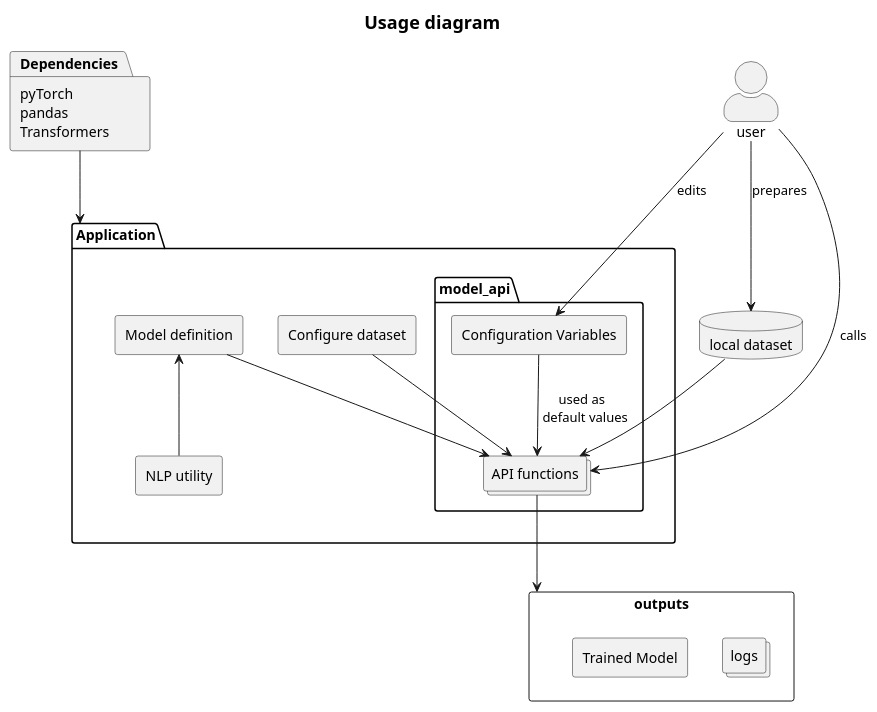
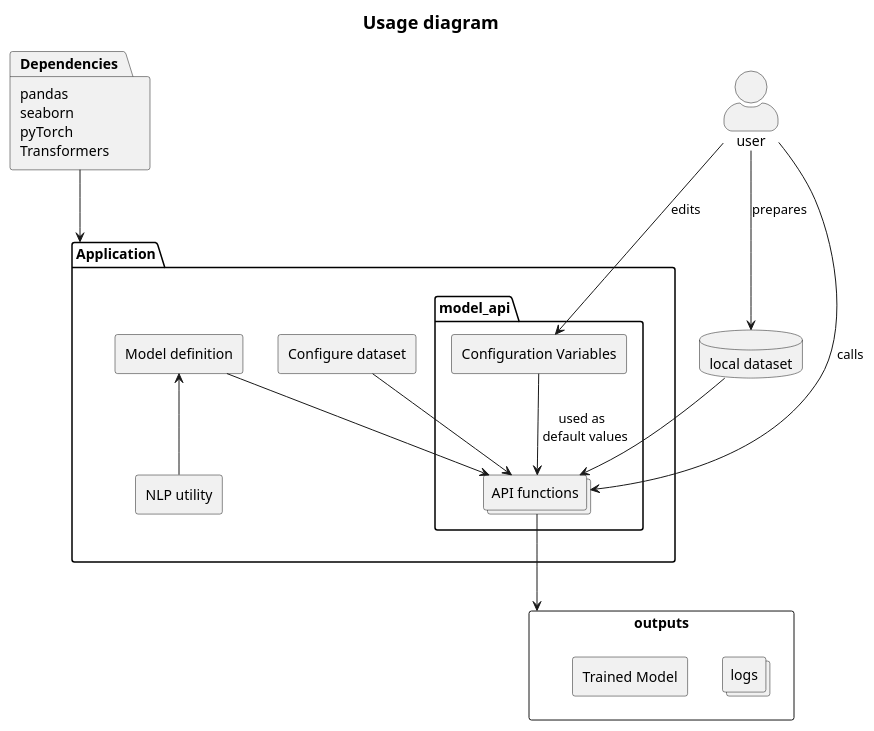
The diagram in usage_diagram.puml (enbaxa/TFM), drawn with PlantUML before and after one commit. The commit also changed 1 other file, not shown here.

Commit message:
Added seaborn dependency to the usage graph.

```diff
--- a/usage_diagram.puml
+++ b/usage_diagram.puml
@@ -1,54 +1,55 @@
 @startuml usage
 'legend top
 '=Usage Diagram
 'end legend
 
 title =Usage diagram
 allowmixing
 
 package Dependencies[
+    pandas
+    seaborn
     pyTorch
-    pandas
     Transformers
 ]
 
 skinparam actorStyle awesome
 actor user
 
 database "local dataset" as local
 
 package Application{
     package model_api{
         rectangle "Configuration Variables" as ConfigRun
 
         collections "API functions" as fucs
         ConfigRun --> fucs : "used as \n default values"
         user --> Application.model_api.ConfigRun : edits
         user --> fucs : calls
 
     }
     rectangle "Configure dataset" as dataset_define
     rectangle "Model definition" as learning_model
     rectangle "NLP utility" as nlp_embedding
     'package test_codes {
     '    database test_datasets
     '    collections "example implementations" as tests
     '}
     'test_datasets -->  tests
     nlp_embedding -up-> learning_model
     dataset_define --> fucs
     learning_model --> fucs
 }
 
 rectangle outputs{
     collections logs
     rectangle "Trained Model" as model
 }
 
 rectangle "Trained Model" as model
 Dependencies --> Application
 user --> local : prepares
 local --> fucs
 fucs --> outputs
 
 @enduml
```
